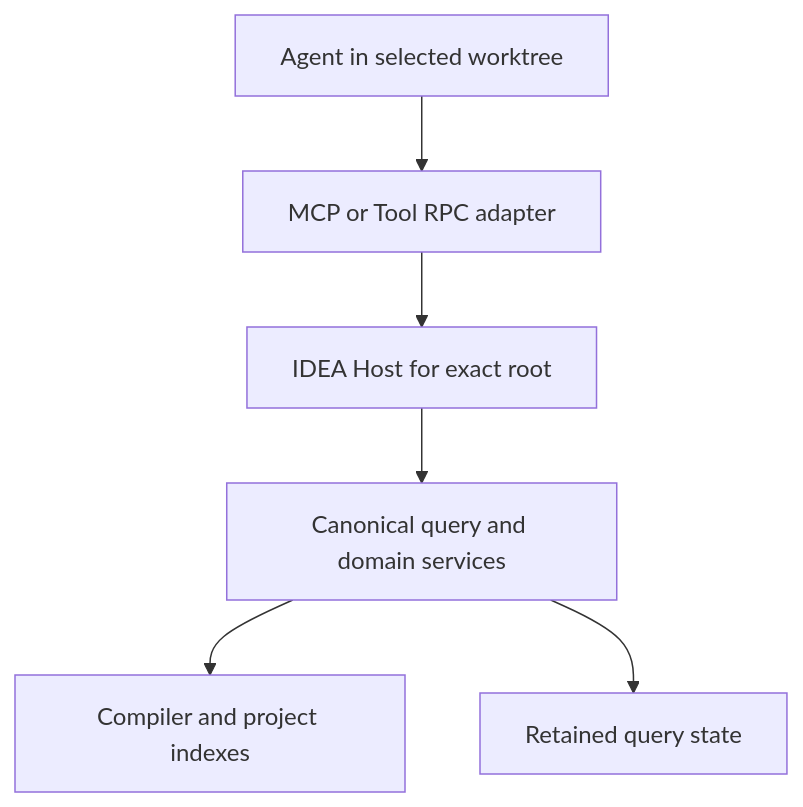
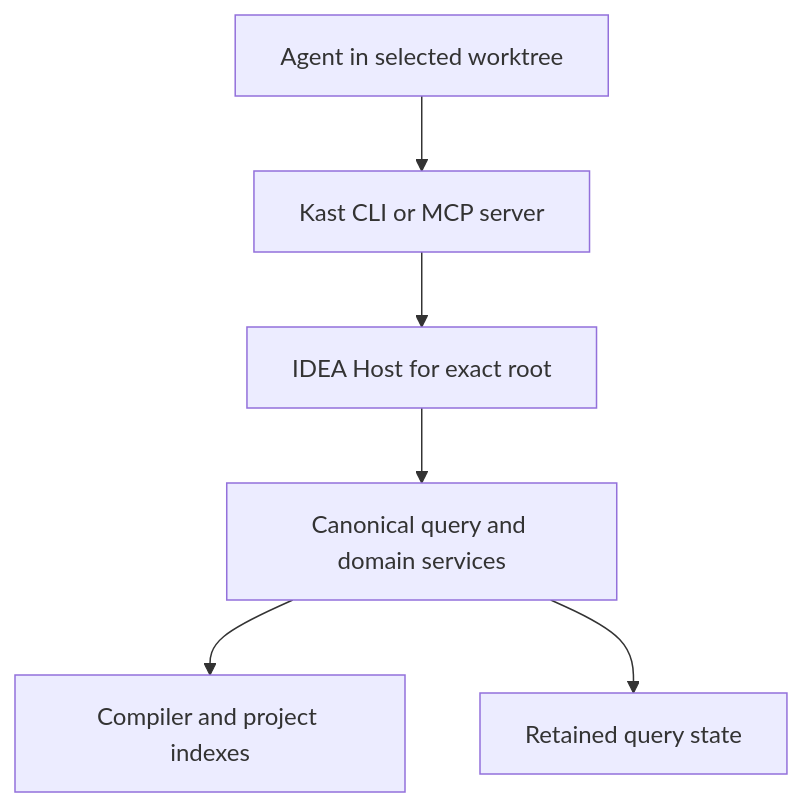
One commit to amichne/kast changed the diagram in docs/public/images/architecture/topology.mmd. Above: the diagram before and after it, drawn with Mermaid. The commit also changed 459 other files, not shown here.

```diff
--- a/docs/public/images/architecture/topology.mmd
+++ b/docs/public/images/architecture/topology.mmd
@@ -1,6 +1,6 @@
 flowchart TD
-  A["Agent in selected worktree"] --> T["MCP or Tool RPC adapter"]
+  A["Agent in selected worktree"] --> T["Kast CLI or MCP server"]
   T --> H["IDEA Host for exact root"]
   H --> Q["Canonical query and domain services"]
   Q --> P["Compiler and project indexes"]
   Q --> R["Retained query state"]
```
